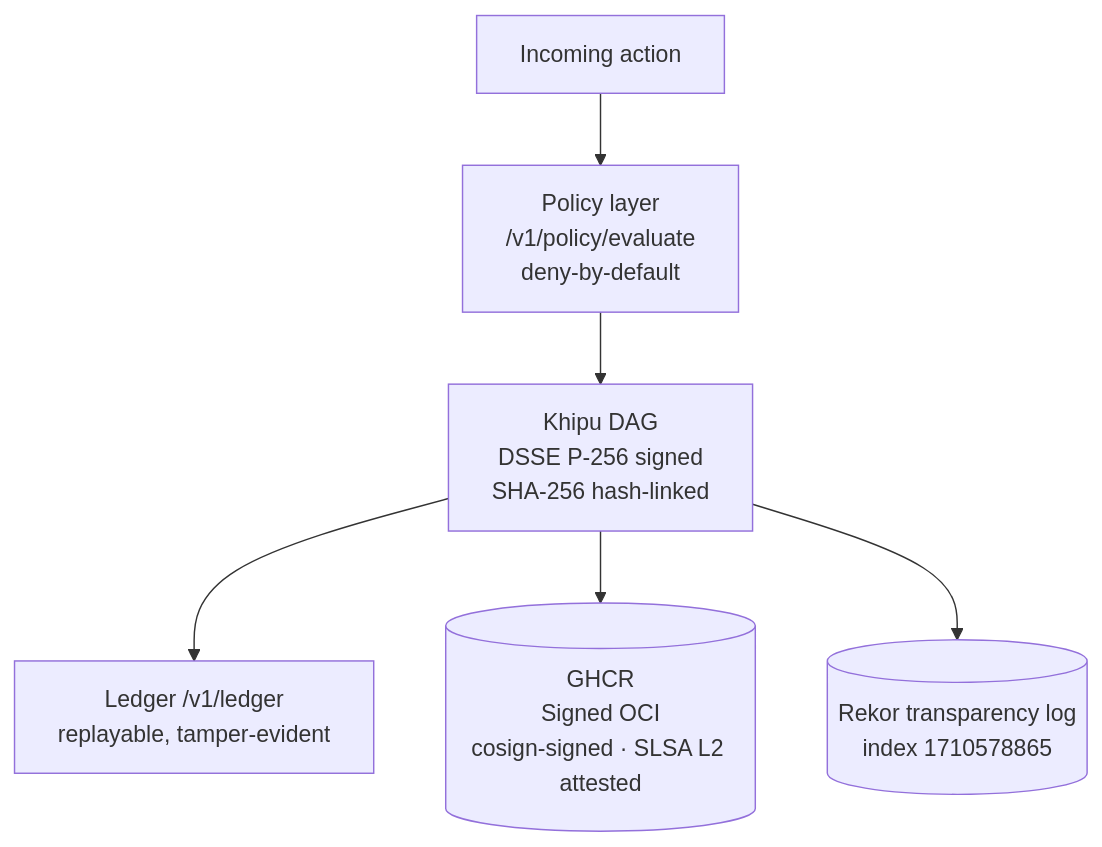
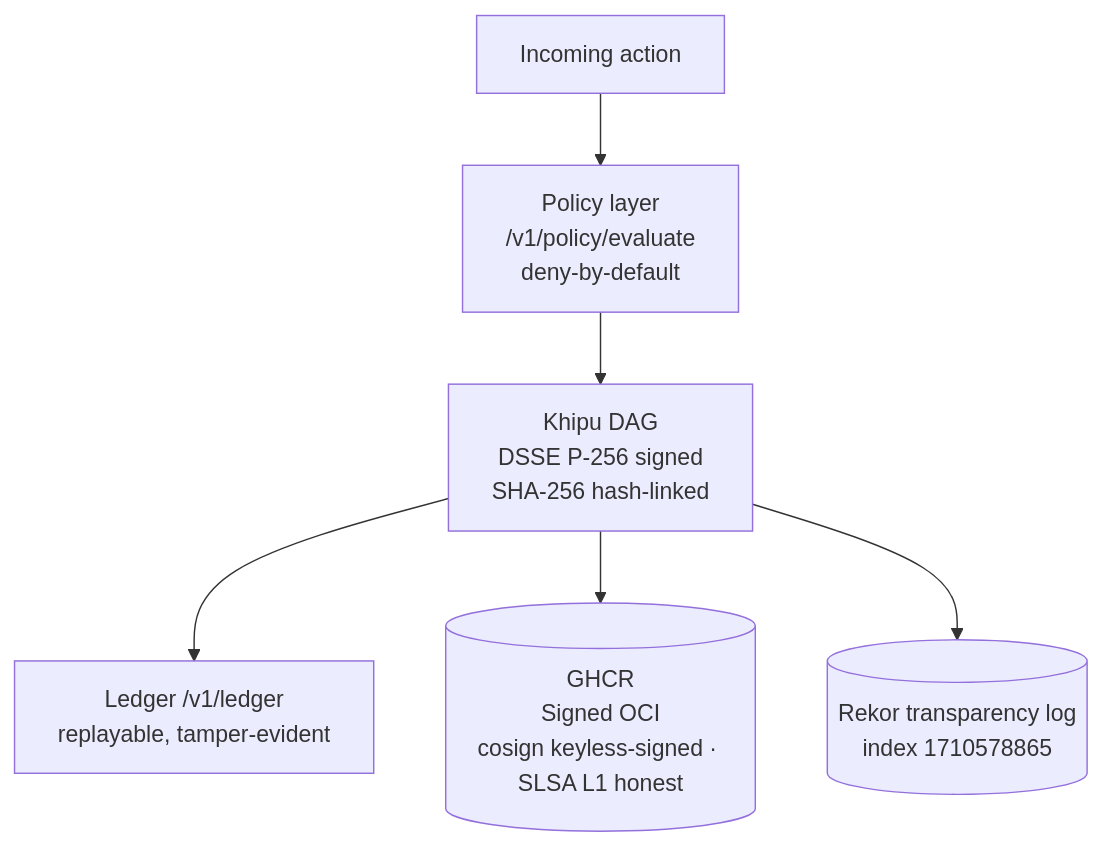
One commit to szl-holdings/a11oy changed the diagram in README.md. Above: the diagram before and after it, drawn with Mermaid. The commit also changed other lines of this file, not shown here.

Commit message:
docs(readme): honesty sweep — SLSA Build L1 honest / L2 roadmap (remove L2-verified/attested claims), align experimental tier (CI-green, not in locked-5), Λ Conjecture-1 + CUT-2; true badges only

````diff
--- a/README.md
+++ b/README.md
@@ -117,8 +111,8 @@
 ```mermaid
 graph TD
     A[Incoming action] --> PL[Policy layer\n/v1/policy/evaluate\ndeny-by-default]
     PL --> KD[Khipu DAG\nDSSE P-256 signed\nSHA-256 hash-linked]
     KD --> LDG[Ledger /v1/ledger\nreplayable, tamper-evident]
-    KD --> UDS[(GHCR\nSigned OCI\ncosign-signed · SLSA L2 attested)]
+    KD --> UDS[(GHCR\nSigned OCI\ncosign keyless-signed · SLSA L1 honest)]
     KD --> REKOR[(Rekor transparency log\nindex 1710578865)]
 ```
````
